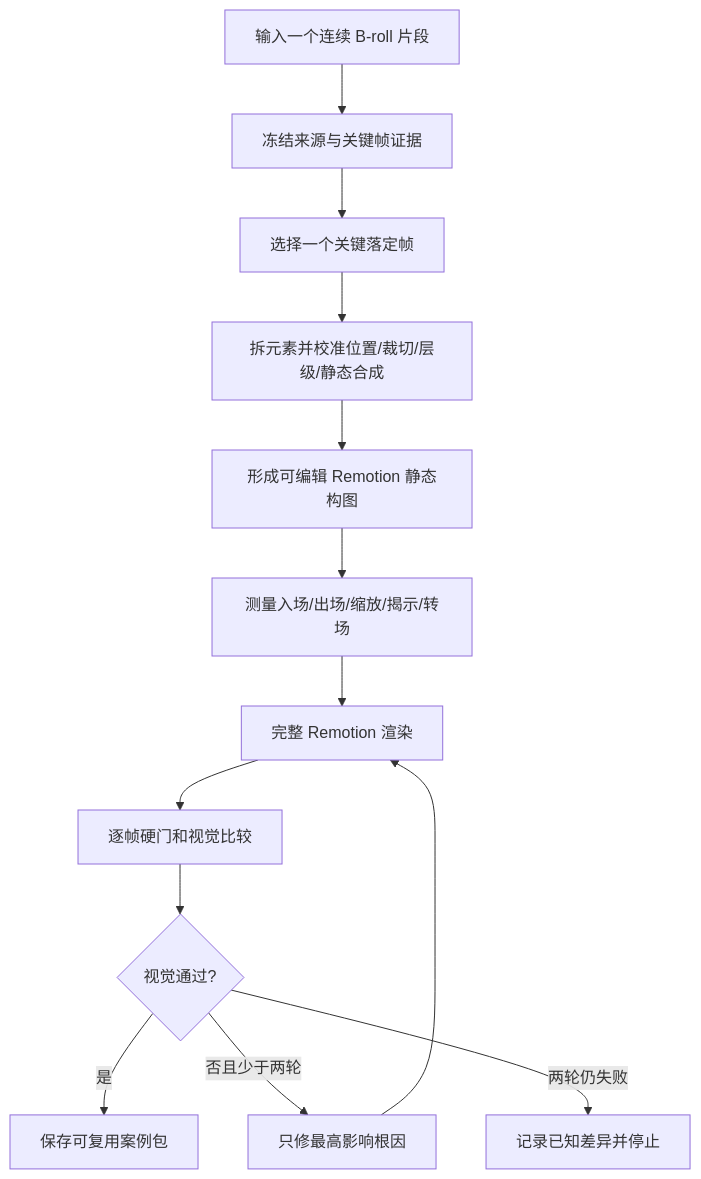
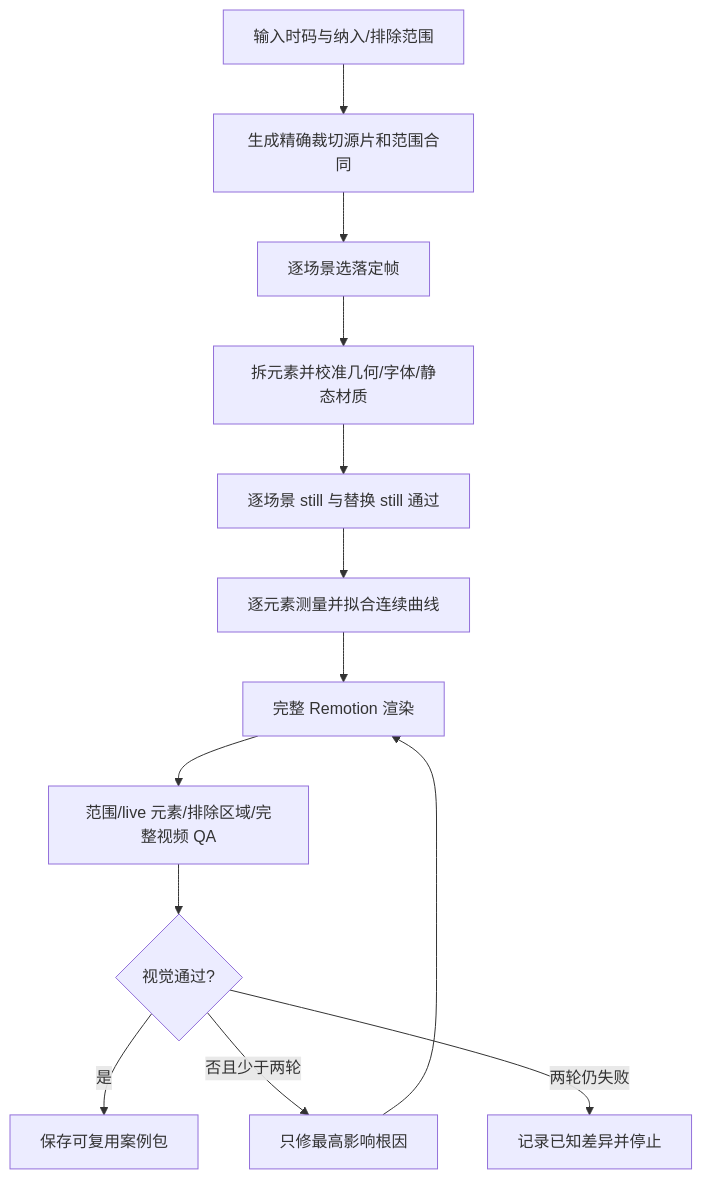
The diagram in README.md (liaojianquan9-source/ljq-broll-video-generator), drawn with Mermaid before and after one commit. The commit also changed other lines of this file and 40 other files, not shown here.

````diff
--- a/README.md
+++ b/README.md
@@ -9,15 +9,15 @@
 ```mermaid
 flowchart TD
-    A[输入一个连续 B-roll 片段] --> B[冻结来源与关键帧证据]
-    B --> C[选择一个关键落定帧]
-    C --> D[拆元素并校准位置/裁切/层级/静态合成]
-    D --> E[形成可编辑 Remotion 静态构图]
-    E --> F[测量入场/出场/缩放/揭示/转场]
+    A[输入时码与纳入/排除范围] --> B[生成精确裁切源片和范围合同]
+    B --> C[逐场景选落定帧]
+    C --> D[拆元素并校准几何/字体/静态材质]
+    D --> E[逐场景 still 与替换 still 通过]
+    E --> F[逐元素测量并拟合连续曲线]
     F --> G[完整 Remotion 渲染]
-    G --> H[逐帧硬门和视觉比较]
+    G --> H[范围/live 元素/排除区域/完整视频 QA]
     H --> I{视觉通过?}
     I -->|是| J[保存可复用案例包]
     I -->|否且少于两轮| K[只修最高影响根因]
     K --> G
     I -->|两轮仍失败| L[记录已知差异并停止]
 ```
````
